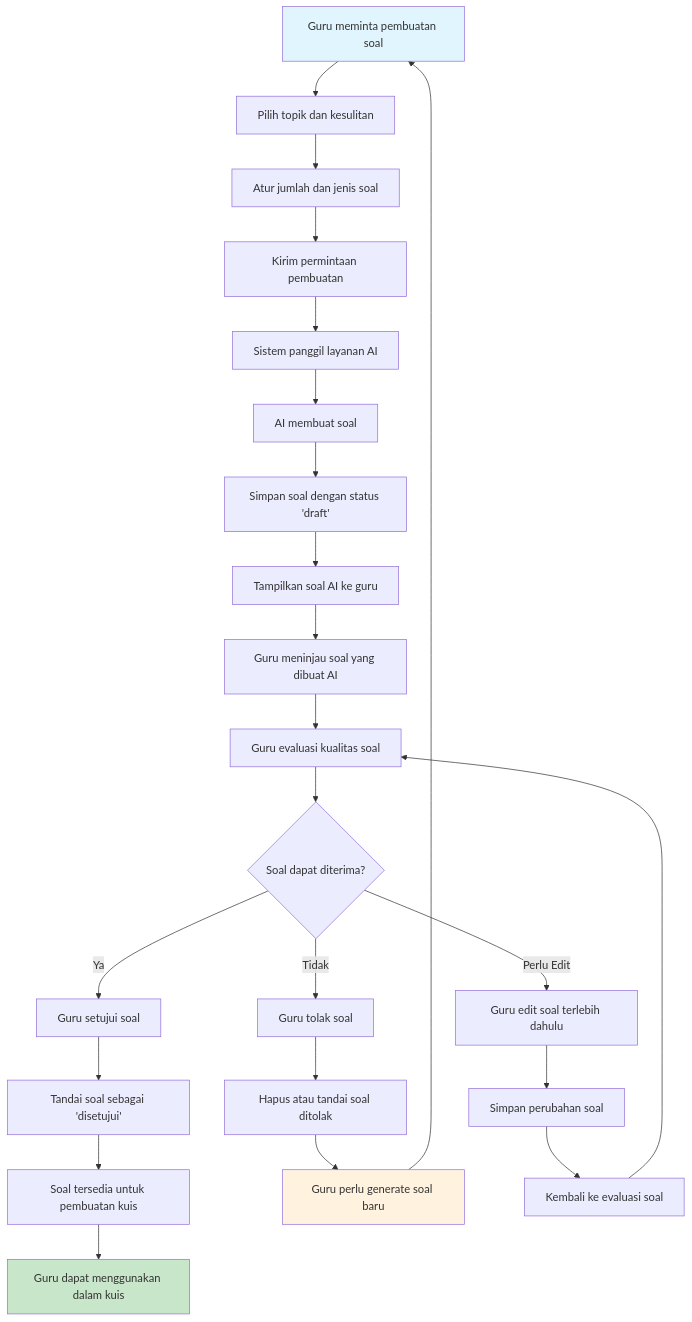
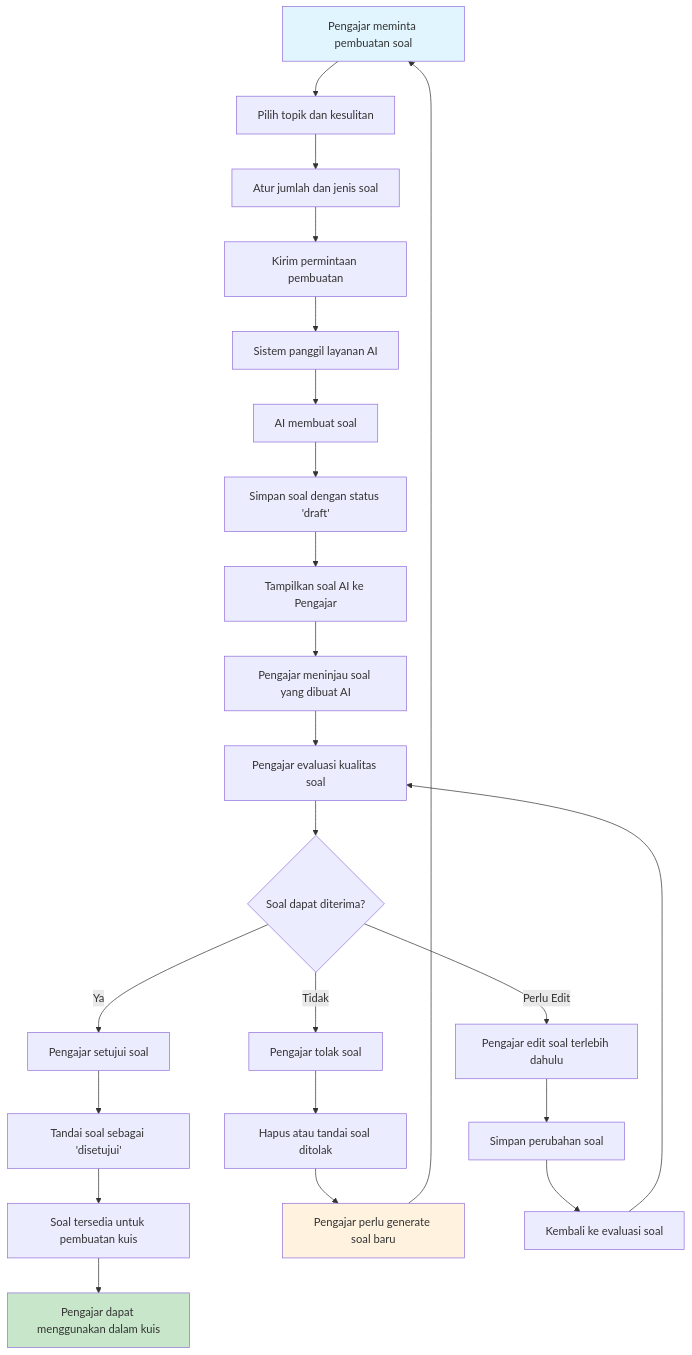
One commit to jonito2005/exam-expert-ai-docs changed the second of 6 diagrams in activity-diagrams.md. Above: the diagram before and after it, drawn with Mermaid. The commit also changed other lines of this file and 4 other files, not shown here.

````diff
--- a/activity-diagrams.md
+++ b/activity-diagrams.md
@@ -39,34 +39,34 @@
 ```mermaid
 flowchart TD
-    A[Guru meminta pembuatan soal] --> B[Pilih topik dan kesulitan]
+    A[Pengajar meminta pembuatan soal] --> B[Pilih topik dan kesulitan]
     B --> C[Atur jumlah dan jenis soal]
     C --> D[Kirim permintaan pembuatan]
     D --> E[Sistem panggil layanan AI]
     E --> F[AI membuat soal]
     F --> G[Simpan soal dengan status 'draft']
-    G --> H[Tampilkan soal AI ke guru]
-    H --> I[Guru meninjau soal yang dibuat AI]
+    G --> H[Tampilkan soal AI ke Pengajar]
+    H --> I[Pengajar meninjau soal yang dibuat AI]
     
-    I --> J[Guru evaluasi kualitas soal]
+    I --> J[Pengajar evaluasi kualitas soal]
     J --> K{Soal dapat diterima?}
     
-    K -->|Ya| L[Guru setujui soal]
-    K -->|Tidak| M[Guru tolak soal]
-    K -->|Perlu Edit| N[Guru edit soal terlebih dahulu]
+    K -->|Ya| L[Pengajar setujui soal]
+    K -->|Tidak| M[Pengajar tolak soal]
+    K -->|Perlu Edit| N[Pengajar edit soal terlebih dahulu]
     
     L --> O[Tandai soal sebagai 'disetujui']
     M --> P[Hapus atau tandai soal ditolak]
     N --> Q[Simpan perubahan soal]
     
     O --> R[Soal tersedia untuk pembuatan kuis]
-    P --> S[Guru perlu generate soal baru]
+    P --> S[Pengajar perlu generate soal baru]
     Q --> T[Kembali ke evaluasi soal]
     
     T --> J
-    R --> U[Guru dapat menggunakan dalam kuis]
+    R --> U[Pengajar dapat menggunakan dalam kuis]
     S --> A
     
     style A fill:#e1f5fe
     style U fill:#c8e6c9
     style S fill:#fff3e0
 ```
````
